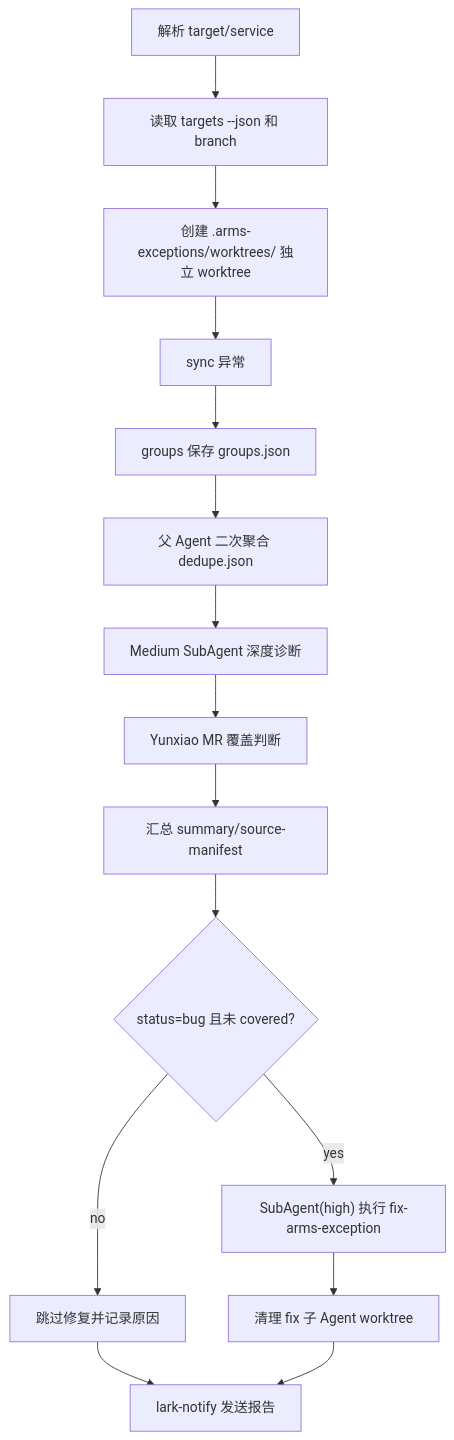
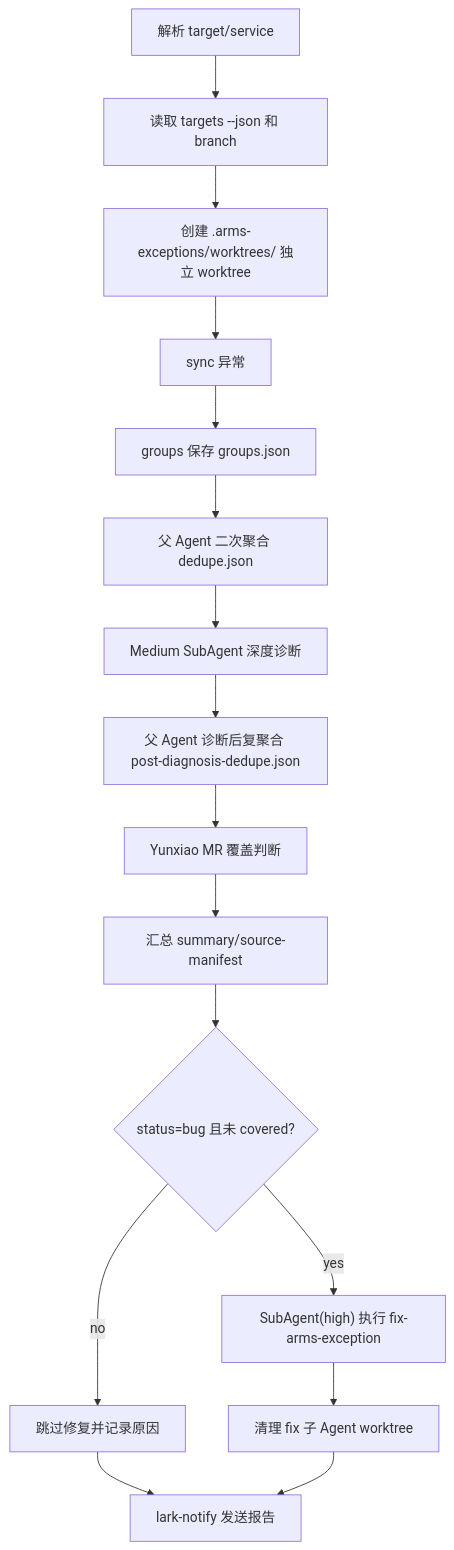
The diagram in skills/arms-exceptions-triage/SKILL.md (ivan-94/ali-arms-exception-explorer), drawn with Mermaid before and after one commit. The commit also changed other lines of this file and 2 other files, not shown here.

Commit message:
Add post-diagnosis dedupe to triage workflow

````diff
--- a/skills/arms-exceptions-triage/SKILL.md
+++ b/skills/arms-exceptions-triage/SKILL.md
@@ -64,17 +65,18 @@
 ```mermaid
 flowchart TD
   A["解析 target/service"] --> B["读取 targets --json 和 branch"]
   B --> C["创建 .arms-exceptions/worktrees/ 独立 worktree"]
   C --> D["sync 异常"]
   D --> E["groups 保存 groups.json"]
   E --> F["父 Agent 二次聚合 dedupe.json"]
   F --> G["Medium SubAgent 深度诊断"]
-  G --> H["Yunxiao MR 覆盖判断"]
-  H --> I["汇总 summary/source-manifest"]
-  I --> J{"status=bug 且未 covered?"}
-  J -- "yes" --> K["SubAgent(high) 执行 fix-arms-exception"]
-  J -- "no" --> L["跳过修复并记录原因"]
-  K --> M["清理 fix 子 Agent worktree"]
-  L --> N["lark-notify 发送报告"]
-  M --> N
+  G --> H["父 Agent 诊断后复聚合 post-diagnosis-dedupe.json"]
+  H --> I["Yunxiao MR 覆盖判断"]
+  I --> J["汇总 summary/source-manifest"]
+  J --> K{"status=bug 且未 covered?"}
+  K -- "yes" --> L["SubAgent(high) 执行 fix-arms-exception"]
+  K -- "no" --> M["跳过修复并记录原因"]
+  L --> N["清理 fix 子 Agent worktree"]
+  M --> O["lark-notify 发送报告"]
+  N --> O
 ```
````
